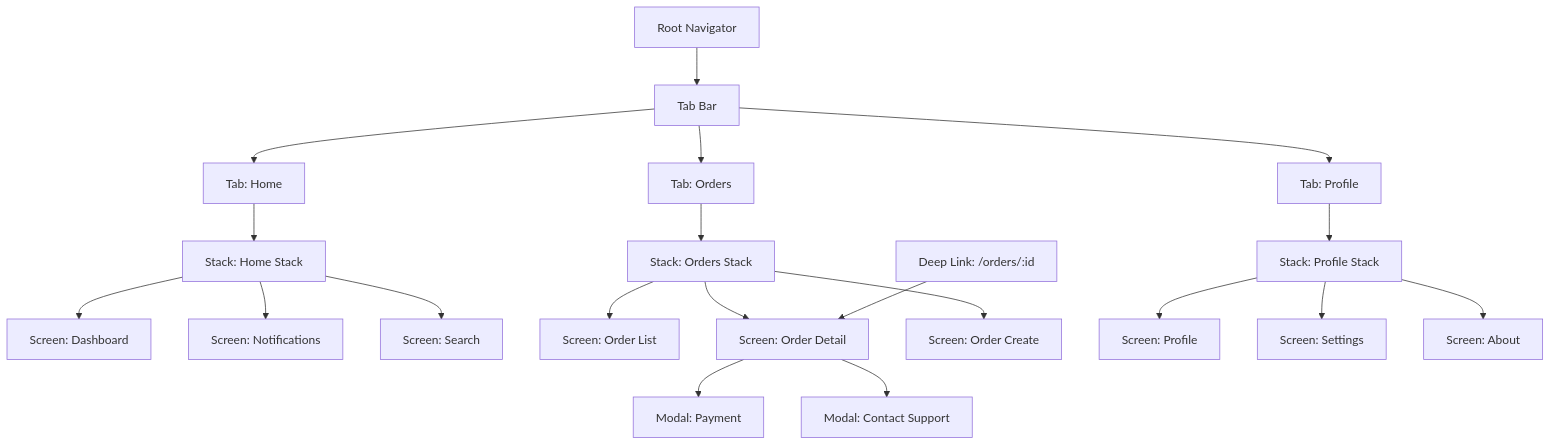
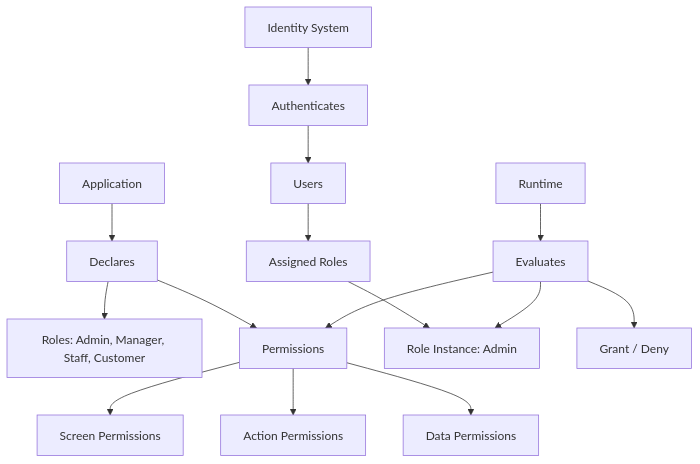
One commit to DukaDesk/KNOWLEDGE-BASE changed the sixth of 10 diagrams in ARCHITECTURE/application-architecture-overview.md. Above: the diagram before and after it, drawn with Mermaid. The commit also changed other lines of this file and 1 other file, not shown here.

First line of the commit message:
KB-041 Application Architecture Overview: production-quality rewrite

````diff
--- a/ARCHITECTURE/application-architecture-overview.md
+++ b/ARCHITECTURE/application-architecture-overview.md
@@ -860,27 +1246,19 @@
 ```mermaid
 graph TD
-    ROOT[Root Navigator] --> TB[Tab Bar]
-    TB --> TAB1[Tab: Home]
-    TB --> TAB2[Tab: Orders]
-    TB --> TAB3[Tab: Profile]
+    APP3[Application] --> DECLARES[Declares]
+    DECLARES --> ROLES[Roles: Admin, Manager, Staff, Customer]
+    DECLARES --> PERMS[Permissions]
+    PERMS --> SCR_PERM[Screen Permissions]
+    PERMS --> ACT_PERM[Action Permissions]
+    PERMS --> DAT_PERM[Data Permissions]
 
-    TAB1 --> STK1[Stack: Home Stack]
-    STK1 --> H1[Screen: Dashboard]
-    STK1 --> H2[Screen: Notifications]
-    STK1 --> H3[Screen: Search]
+    IDENTITY[Identity System] --> AUTHENTICATES[Authenticates]
+    AUTHENTICATES --> USERS[Users]
+    USERS --> ASSIGNED[Assigned Roles]
+    ASSIGNED --> ROLE_INSTANCE[Role Instance: Admin]
 
-    TAB2 --> STK2[Stack: Orders Stack]
-    STK2 --> O1[Screen: Order List]
-    STK2 --> O2[Screen: Order Detail]
-    STK2 --> O3[Screen: Order Create]
-
-    TAB3 --> STK3[Stack: Profile Stack]
-    STK3 --> P1[Screen: Profile]
-    STK3 --> P2[Screen: Settings]
-    STK3 --> P3[Screen: About]
-
-    O2 --> MODAL1[Modal: Payment]
-    O2 --> MODAL2[Modal: Contact Support]
-
-    DEEP[Deep Link: /orders/:id] --> O2
+    RUNTIME2[Runtime] --> EVALUATES[Evaluates]
+    EVALUATES --> ROLE_INSTANCE
+    EVALUATES --> PERMS
+    EVALUATES --> DECISION[Grant / Deny]
 ```
````
